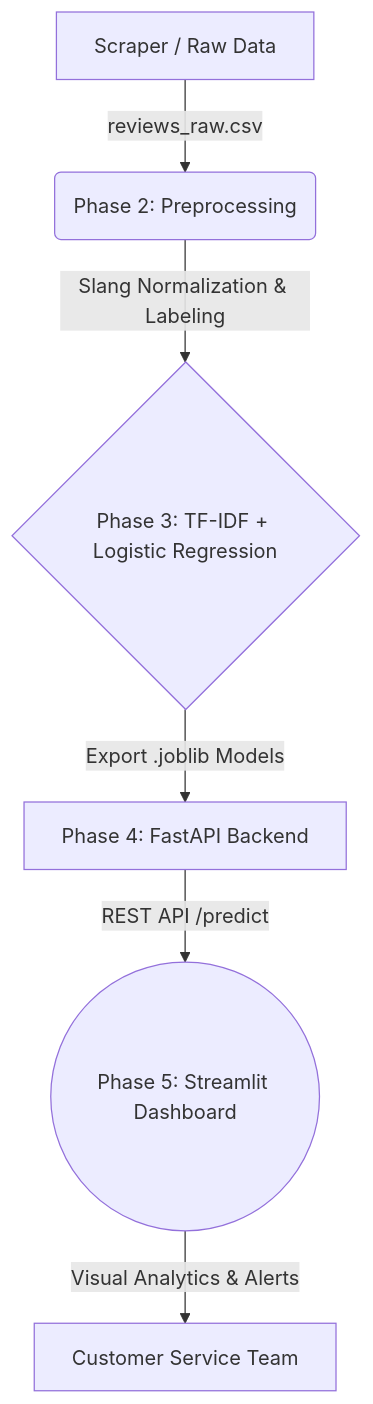
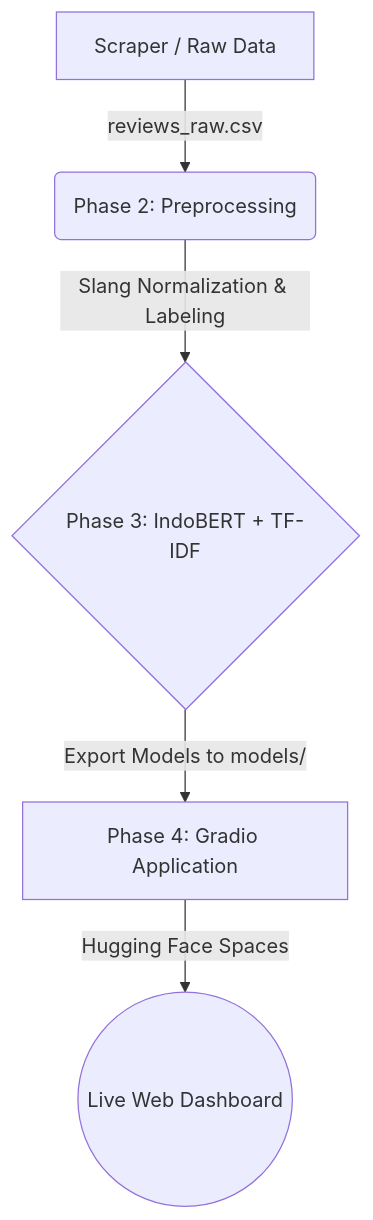
The diagram in README.md (juleohermanto/ML-project--2), drawn with Mermaid before and after one commit. The commit also changed other lines of this file and 8 other files, not shown here.

Commit message:
Updated gradio UI from HuggingFaces #2

````diff
--- a/README.md
+++ b/README.md
@@ -10,8 +10,7 @@
 ```mermaid
 flowchart TD
     A[Scraper / Raw Data] -->|reviews_raw.csv| B(Phase 2: Preprocessing)
-    B -->|Slang Normalization & Labeling| C{Phase 3: TF-IDF + Logistic Regression}
-    C -->|Export .joblib Models| D[Phase 4: FastAPI Backend]
-    D -->|REST API /predict| E((Phase 5: Streamlit Dashboard))
-    E -->|Visual Analytics & Alerts| F[Customer Service Team]
+    B -->|Slang Normalization & Labeling| C{Phase 3: IndoBERT + TF-IDF}
+    C -->|Export Models to models/| D[Phase 4: Gradio Application]
+    D -->|Hugging Face Spaces| E((Live Web Dashboard))
 ```
````
